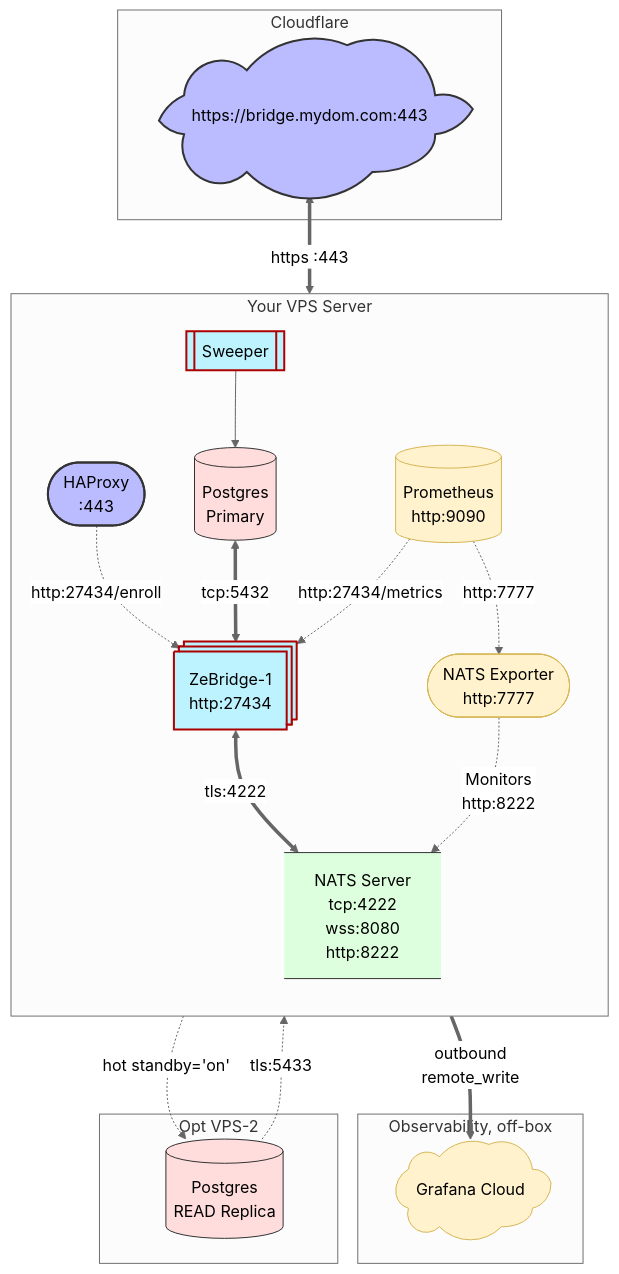
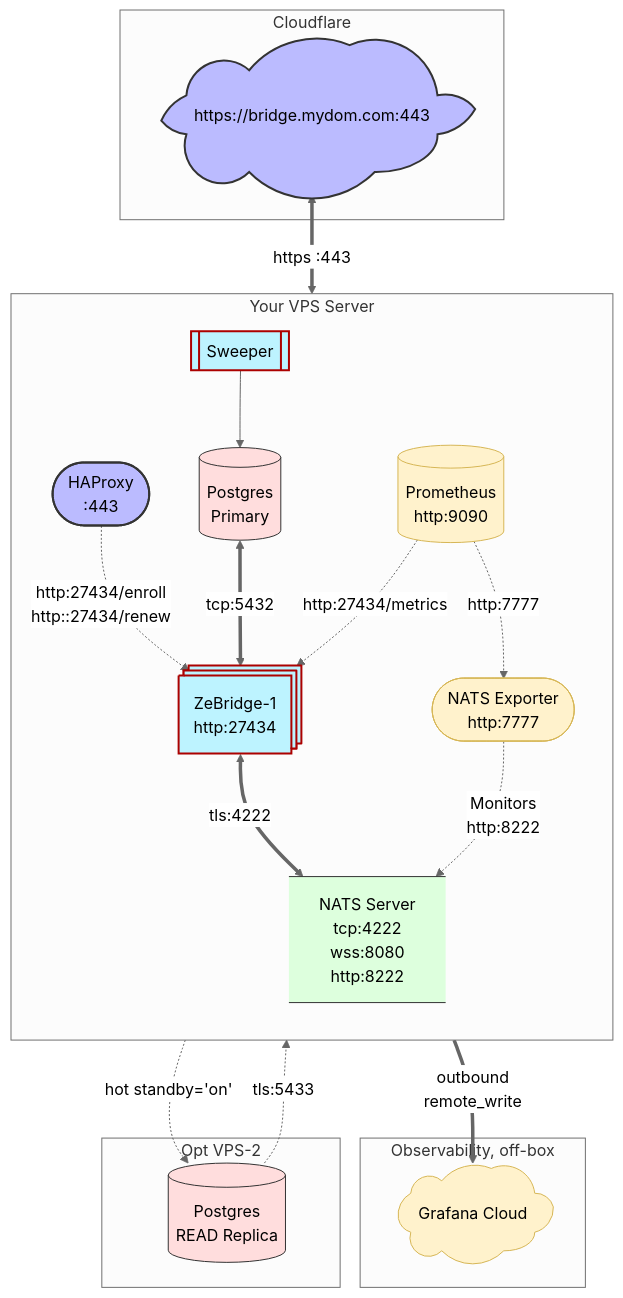
The second of 6 diagrams in README.md (ndrean/ZeBridge), drawn with Mermaid (neutral theme) before and after one commit. The commit also changed other lines of this file and 30 other files, not shown here.

````diff
--- a/README.md
+++ b/README.md
@@ -271,57 +260,57 @@
 ```mermaid
 
 graph TD
     classDef external fill:#f9f,stroke:#333,stroke-width:2px;
     classDef proxy fill:#bbf,stroke:#333,stroke-width:2px;
     classDef internal fill:#dfd,stroke:#333,stroke-width:1px;
     classDef secure fill:#fdd,stroke:#333,stroke-width:1px;
     classDef telemetry fill:#fff2cc,stroke:#d6b656,stroke-width:1px;
     classDef bridge fill:#bdf3ff,stroke:#ac0100,stroke-width:2px;
     classDef maybe_external fill:#dfd,stroke:#333,stroke-width:2px,stroke-dasharray: 5 5;
 
     subgraph Edge [Cloudflare]
       CF([https://bridge.mydom.com:443]):::proxy
       CF@{ shape: cloud}
     end
 
     subgraph Obs [Observability, off-box]
       Grafana([Grafana Cloud]):::telemetry
       Grafana@{ shape: cloud}
     end
 
     subgraph VPS-2 [Opt VPS-2]
       PGREP[(Postgres<br>READ Replica)]:::secure
     end
 
 
     %% VPS Boundary
     subgraph VPS [Your VPS Server]
         direction TB
         
         HA([HAProxy<br>:443]):::proxy
         %% Internal Apps
         Prom[(Prometheus<br>http:9090)]:::telemetry
         NatsExp([NATS Exporter<br>http:7777]):::telemetry
         Bridge[[ZeBridge-1<br> http:27434]]:::bridge
         Bridge@{shape: st-rect}
         PG[(Postgres<br>Primary)]:::secure
         NATS[NATS Server<br> tcp:4222 <br> wss:8080<br> http:8222]:::internal
         NATS@{shape: data-store}
         
         %% TLS termination for the bridge's HTTP surface
-        HA -.->|http:27434/enroll| Bridge
+        HA -.->|http:27434/enroll<br>http::27434/renew| Bridge
         
         Sweeper[[Sweeper]]:::bridge
     end
 
     PG -.->|hot standby='on'| PGREP
     CF <==> |https :443| HA
     Prom ==> |outbound<br>remote_write| Grafana
     PGREP -.->|tls:5433| Bridge
     PG <==> |tcp:5432| Bridge
     Bridge <==>|tls:4222| NATS
     Sweeper -->PG
     Prom -.->|http:7777| NatsExp
     Prom -.->|http:27434/metrics| Bridge
     NatsExp -.->|Monitors<br> http:8222| NATS
 ```
````
